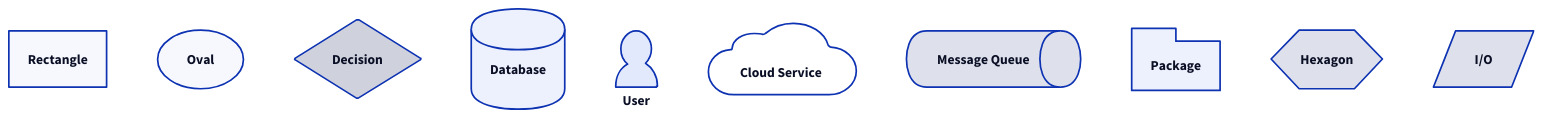
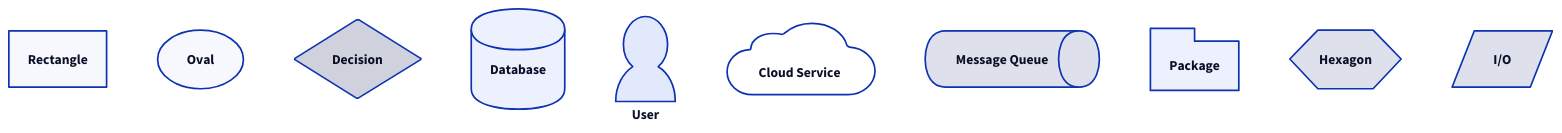
One commit to invowk/invowk changed the eighth of 10 diagrams in .agents/skills/d2-diagrams/SKILL.md. Above: the diagram before and after it, drawn with D2. The commit also changed other lines of this file and 5 other files, not shown here.

First line of the commit message:
docs: update C4 diagrams and D2 skill with person shape guidelines

````diff
--- a/.agents/skills/d2-diagrams/SKILL.md
+++ b/.agents/skills/d2-diagrams/SKILL.md
@@ -268,13 +270,13 @@
 ```d2
 # Basic shapes
 rect: Rectangle
 oval: Oval { shape: oval }
 diamond: Decision { shape: diamond }
 cylinder: Database { shape: cylinder }
-person: User { shape: person }
+person: User { shape: person; width: 70; height: 100 }
 cloud: Cloud Service { shape: cloud }
 queue: Message Queue { shape: queue }
 package: Package { shape: package }
 hexagon: Hexagon { shape: hexagon }
 parallelogram: I/O { shape: parallelogram }
 ```
````
